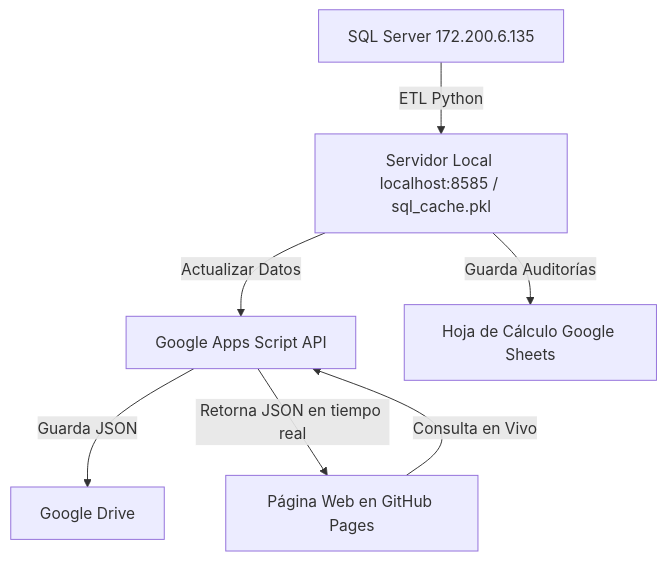
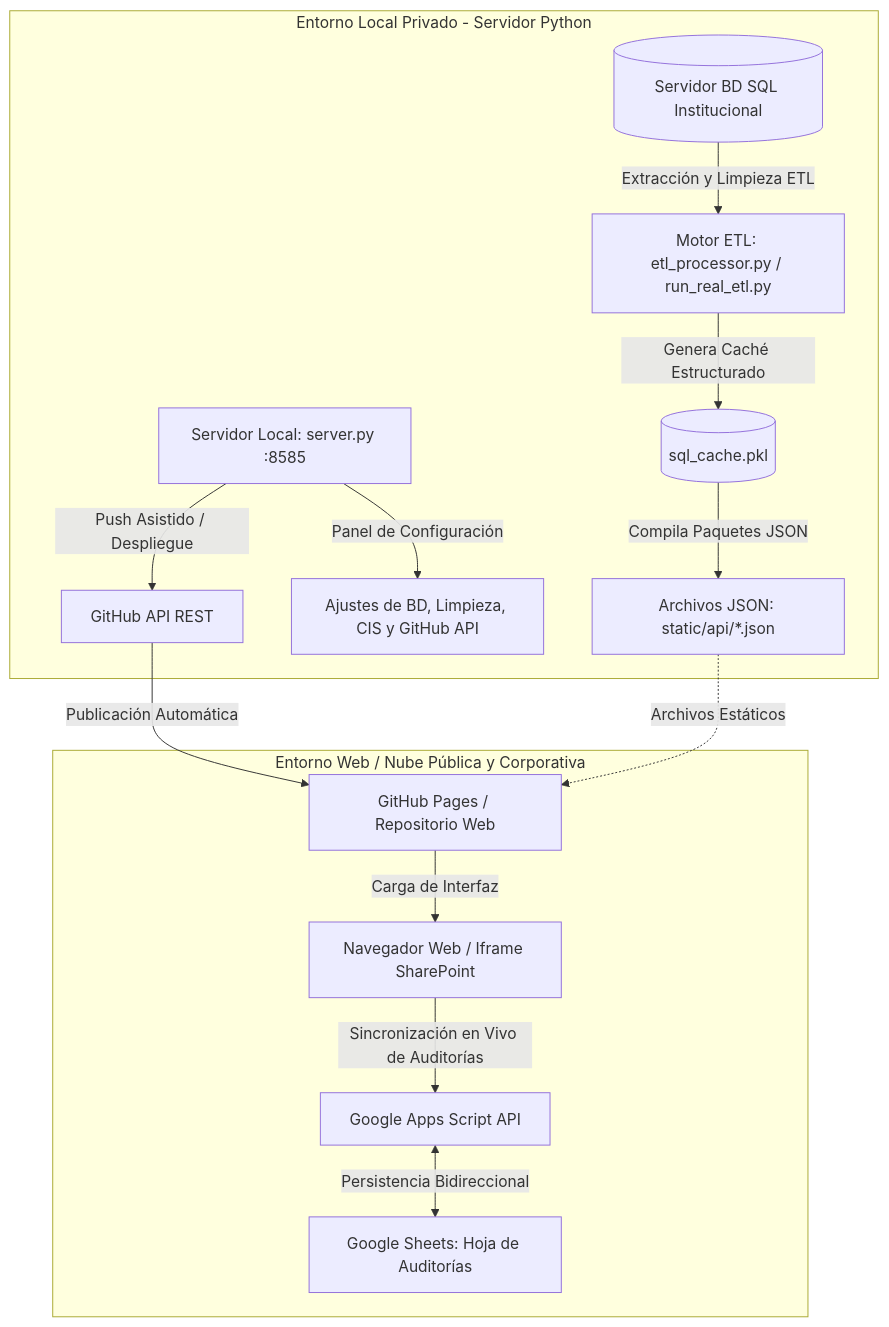
The first of 2 diagrams in README.md (unionsaludvida2/cierredehistorias), drawn with Mermaid before and after one commit. The commit also changed other lines of this file, not shown here.

````diff
--- a/README.md
+++ b/README.md
@@ -42,9 +30,18 @@
 ```mermaid
 graph TD
-    A[SQL Server 172.200.6.135] -->|ETL Python| B[Servidor Local localhost:8585 / sql_cache.pkl]
-    B -->|Actualizar Datos| C[Google Apps Script API]
-    C -->|Guarda JSON| D[Google Drive]
-    E[Página Web en GitHub Pages] -->|Consulta en Vivo| C
-    C -->|Retorna JSON en tiempo real| E
-    B -->|Guarda Auditorías| F[Hoja de Cálculo Google Sheets]
+    subgraph Entorno Local [Entorno Local Privado - Servidor Python]
+        DB[(Servidor BD SQL Institucional)] -->|Extracción y Limpieza ETL| ETL[Motor ETL: etl_processor.py / run_real_etl.py]
+        ETL -->|Genera Caché Estructurado| PKL[(sql_cache.pkl)]
+        PKL -->|Compila Paquetes JSON| JSON_STATIC[Archivos JSON: static/api/*.json]
+        SRV[Servidor Local: server.py :8585] -->|Panel de Configuración| CFG[Ajustes de BD, Limpieza, CIS y GitHub API]
+        SRV -->|Push Asistido / Despliegue| GH_API[GitHub API REST]
+    end
+
+    subgraph Nube y Distribución [Entorno Web / Nube Pública y Corporativa]
+        GH_API -->|Publicación Automática| GHP[GitHub Pages / Repositorio Web]
+        JSON_STATIC -.->|Archivos Estáticos| GHP
+        GHP -->|Carga de Interfaz| CLIENT[Navegador Web / Iframe SharePoint]
+        CLIENT -->|Sincronización en Vivo de Auditorías| GAS[Google Apps Script API]
+        GAS <-->|Persistencia Bidireccional| GSH[Google Sheets: Hoja de Auditorías]
+    end
 ```
````
